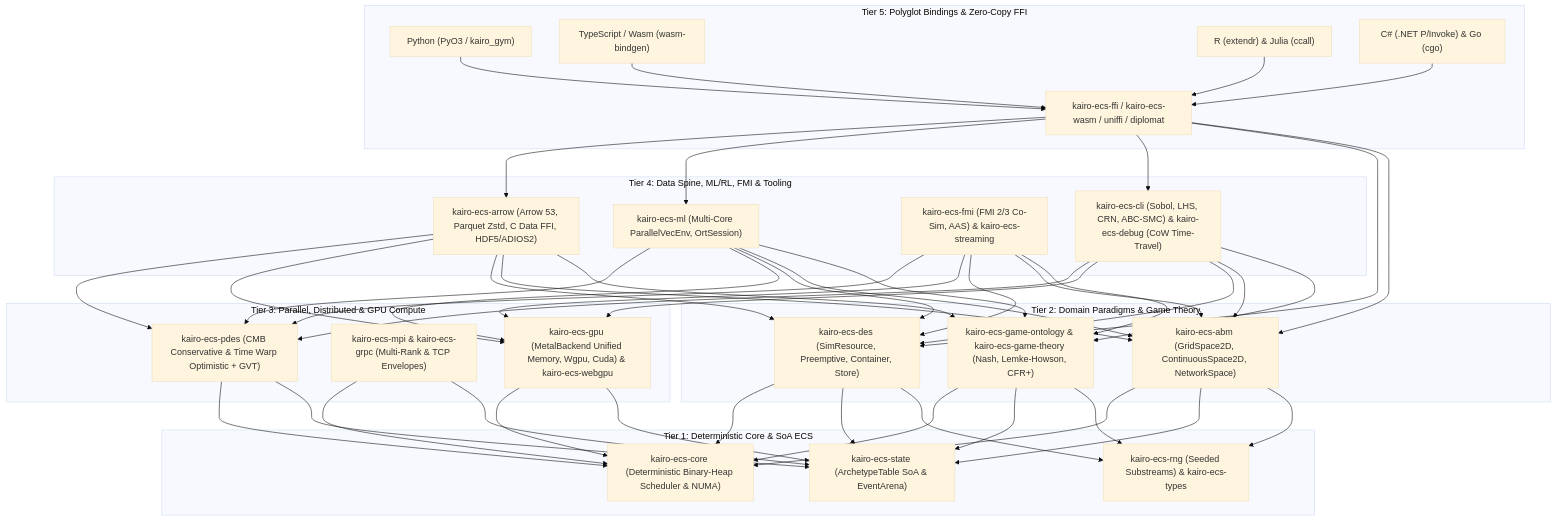
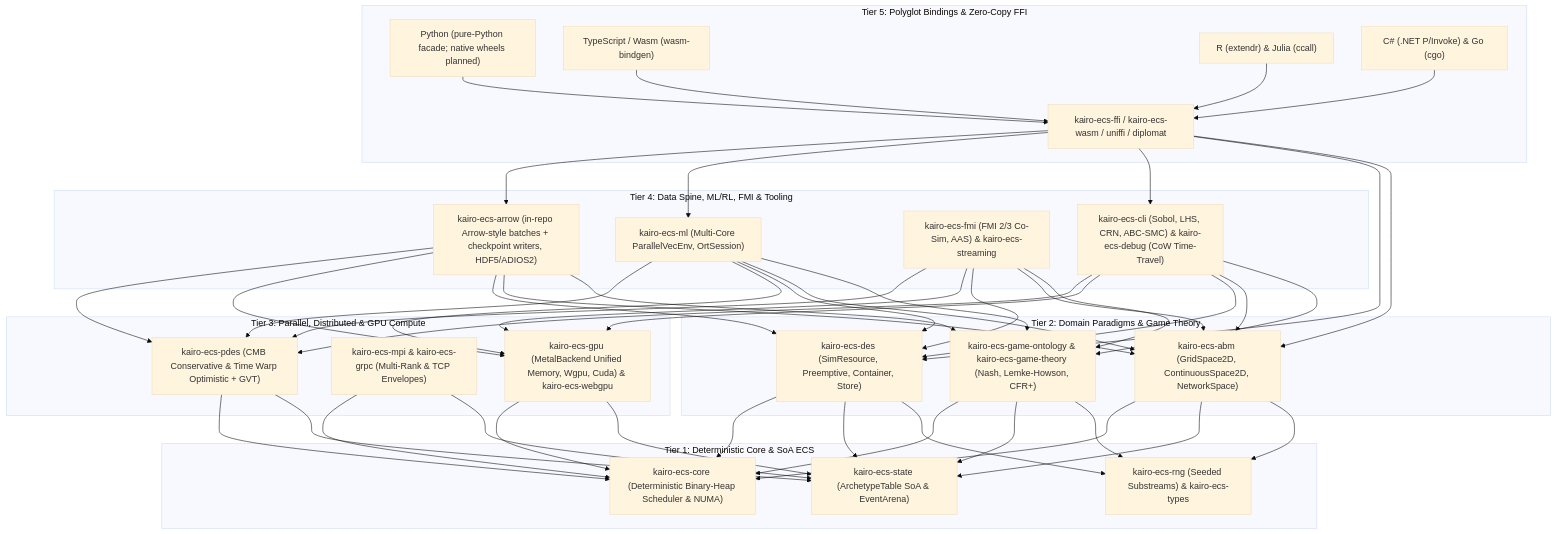
One commit to edithatogo/kairos changed the diagram in website/src/content/docs/architecture.md. Above: the diagram before and after it, drawn with Mermaid (base theme). The commit also changed other lines of this file and 3 other files, not shown here.

````diff
--- a/website/src/content/docs/architecture.md
+++ b/website/src/content/docs/architecture.md
@@ -70,41 +70,41 @@
 ```mermaid
 flowchart TD
     subgraph T5["Tier 5: Polyglot Bindings & Zero-Copy FFI"]
-        PY["Python (PyO3 / kairo_gym)"]
+        PY["Python (pure-Python facade; native wheels planned)"]
         TS["TypeScript / Wasm (wasm-bindgen)"]
         RL["R (extendr) & Julia (ccall)"]
         CS["C# (.NET P/Invoke) & Go (cgo)"]
         FFI["kairo-ecs-ffi / kairo-ecs-wasm / uniffi / diplomat"]
         PY & TS & RL & CS --> FFI
     end
 
     subgraph T4["Tier 4: Data Spine, ML/RL, FMI & Tooling"]
-        ARR["kairo-ecs-arrow (Arrow 53, Parquet Zstd, C Data FFI, HDF5/ADIOS2)"]
+        ARR["kairo-ecs-arrow (in-repo Arrow-style batches + checkpoint writers, HDF5/ADIOS2)"]
         ML["kairo-ecs-ml (Multi-Core ParallelVecEnv, OrtSession)"]
         FMI["kairo-ecs-fmi (FMI 2/3 Co-Sim, AAS) & kairo-ecs-streaming"]
         CLI["kairo-ecs-cli (Sobol, LHS, CRN, ABC-SMC) & kairo-ecs-debug (CoW Time-Travel)"]
     end
 
     subgraph T3["Tier 3: Parallel, Distributed & GPU Compute"]
         PDES["kairo-ecs-pdes (CMB Conservative & Time Warp Optimistic + GVT)"]
         DIST["kairo-ecs-mpi & kairo-ecs-grpc (Multi-Rank & TCP Envelopes)"]
         GPU["kairo-ecs-gpu (MetalBackend Unified Memory, Wgpu, Cuda) & kairo-ecs-webgpu"]
     end
 
     subgraph T2["Tier 2: Domain Paradigms & Game Theory"]
         DES["kairo-ecs-des (SimResource, Preemptive, Container, Store)"]
         ABM["kairo-ecs-abm (GridSpace2D, ContinuousSpace2D, NetworkSpace)"]
         GT["kairo-ecs-game-ontology & kairo-ecs-game-theory (Nash, Lemke-Howson, CFR+)"]
     end
 
     subgraph T1["Tier 1: Deterministic Core & SoA ECS"]
         CORE["kairo-ecs-core (Deterministic Binary-Heap Scheduler & NUMA)"]
         STATE["kairo-ecs-state (ArchetypeTable SoA & EventArena)"]
         RNG["kairo-ecs-rng (Seeded Substreams) & kairo-ecs-types"]
     end
 
     FFI --> ARR & ML & CLI & DES & ABM
     ARR & ML & FMI & CLI --> PDES & GPU & DES & ABM & GT
     PDES & DIST & GPU --> CORE & STATE
     DES & ABM & GT --> CORE & STATE & RNG
 ```
````
